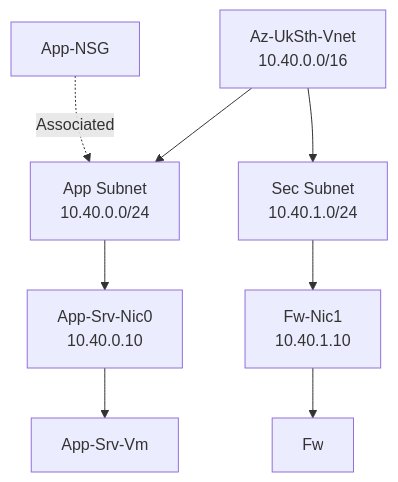
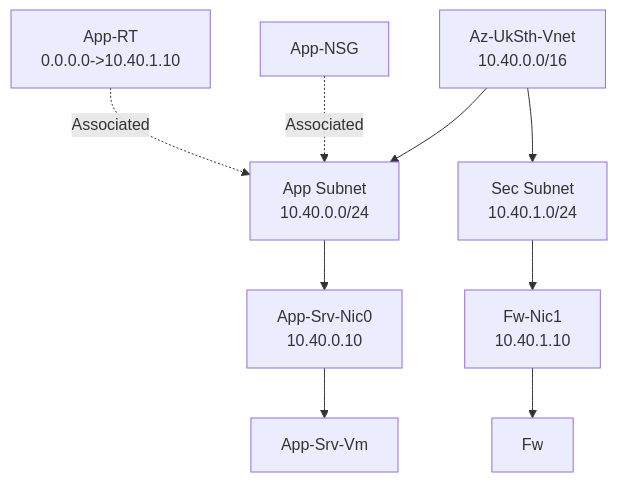
Before and after one commit to hasanfarag199/AZ-700-Azure_Network_Associate: the diagram in README.md, drawn with Mermaid.

Commit message:
Add route table to the architecture diagram

````diff
--- a/README.md
+++ b/README.md
@@ -1,26 +1,28 @@
 ```mermaid
 graph TD
     VNET["Az-UkSth-Vnet<br/>10.40.0.0/16"]
 
     APP["App Subnet<br/>10.40.0.0/24"]
     SEC["Sec Subnet<br/>10.40.1.0/24"]
 
     NSG["App-NSG"]
-
+    RT["App-RT <br/> 0.0.0.0->10.40.1.10"]
+    
     NIC1["App-Srv-Nic0<br/>10.40.0.10"]
     VM1["App-Srv-Vm"]
 
     NIC2["Fw-Nic1<br/>10.40.1.10"]
     FW["Fw"]
 
     VNET --> APP
     VNET --> SEC
 
     NSG -. Associated .-> APP
+    RT -. Associated .-> APP
 
     APP --> NIC1
     NIC1 --> VM1
 
     SEC --> NIC2
     NIC2 --> FW
 ```
````
